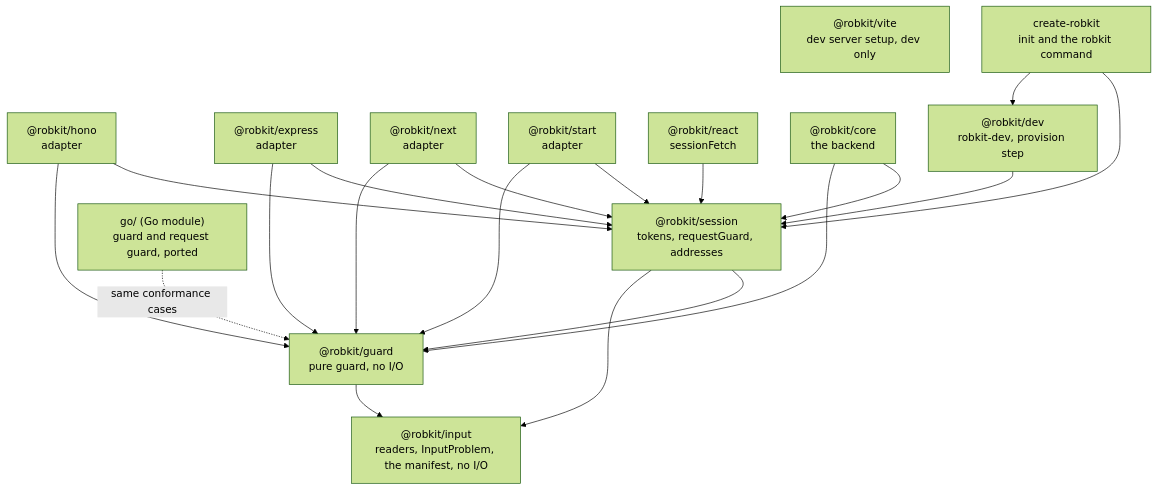
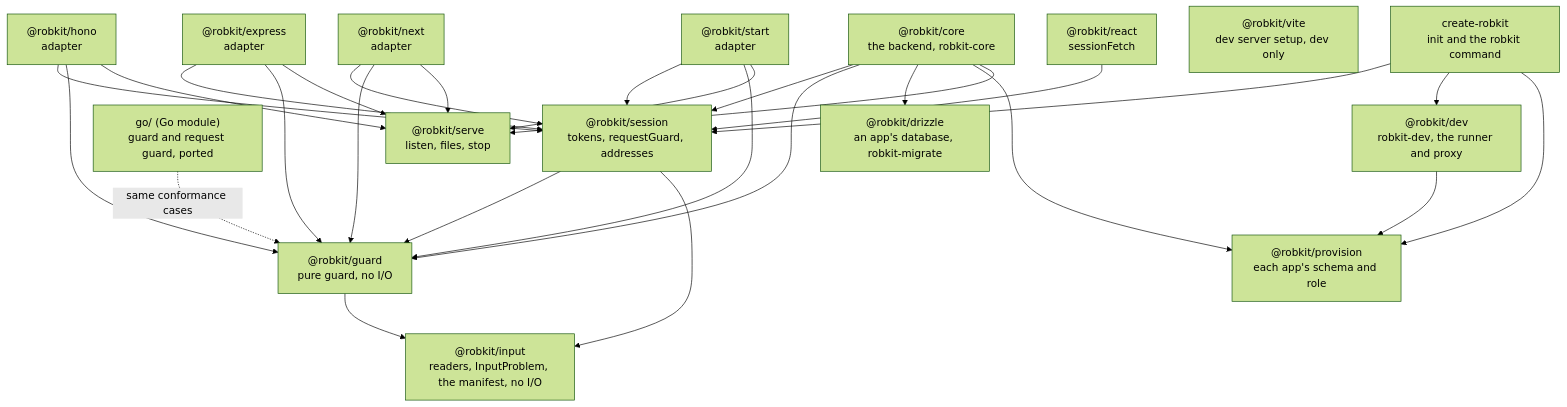
Before and after one commit to RobertScholey98/robkit: the fourth of 5 diagrams in docs/architecture.md, drawn with Mermaid (forest theme). The commit also changed other lines of this file, not shown here.

First line of the commit message:
Match docs/architecture.md to the packages as they are

````diff
--- a/docs/architecture.md
+++ b/docs/architecture.md
@@ -126,35 +126,46 @@
 ```mermaid
 flowchart TD
   input["@robkit/input<br/>readers, InputProblem, the manifest, no I/O"]
   guard["@robkit/guard<br/>pure guard, no I/O"]
   session["@robkit/session<br/>tokens, requestGuard, addresses"]
   hono["@robkit/hono<br/>adapter"]
   express["@robkit/express<br/>adapter"]
   next["@robkit/next<br/>adapter"]
   start["@robkit/start<br/>adapter"]
   react["@robkit/react<br/>sessionFetch"]
   gomodule["go/ (Go module)<br/>guard and request guard, ported"]
-  core["@robkit/core<br/>the backend"]
-  dev["@robkit/dev<br/>robkit-dev, provision step"]
+  core["@robkit/core<br/>the backend, robkit-core"]
+  dev["@robkit/dev<br/>robkit-dev, the runner and proxy"]
+  provision["@robkit/provision<br/>each app's schema and role"]
+  drizzle["@robkit/drizzle<br/>an app's database, robkit-migrate"]
+  serve["@robkit/serve<br/>listen, files, stop"]
   vite["@robkit/vite<br/>dev server setup, dev only"]
   create["create-robkit<br/>init and the robkit command"]
 
   guard --> input
   session --> guard
   session --> input
   hono --> session
   hono --> guard
+  hono --> serve
   express --> session
   express --> guard
+  express --> serve
   next --> session
   next --> guard
+  next --> serve
   start --> session
   start --> guard
+  start --> serve
   react --> session
   gomodule -. same conformance cases .-> guard
   core --> session
   core --> guard
-  dev --> session
+  core --> drizzle
+  core --> provision
+  core --> serve
+  dev --> provision
   create --> session
   create --> dev
+  create --> provision
 ```
````
